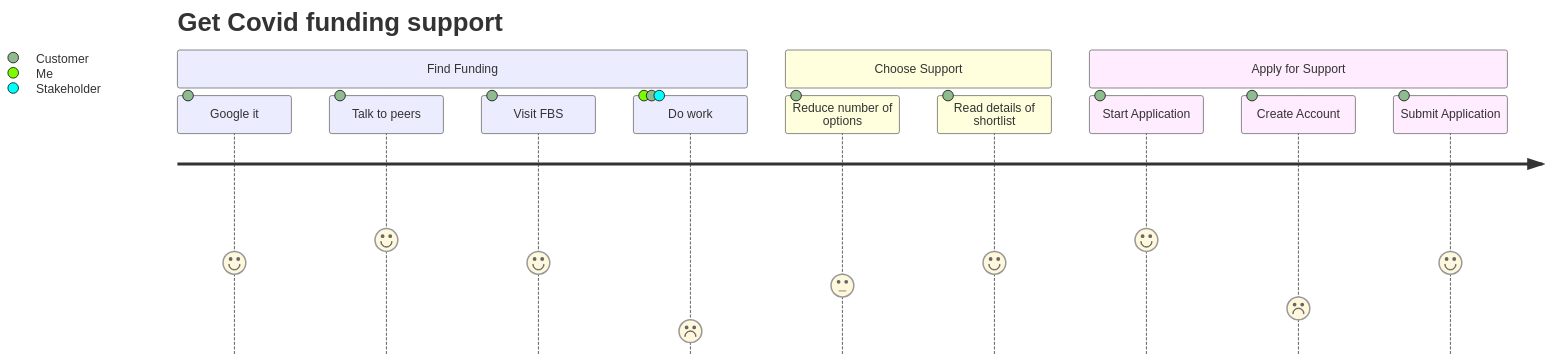
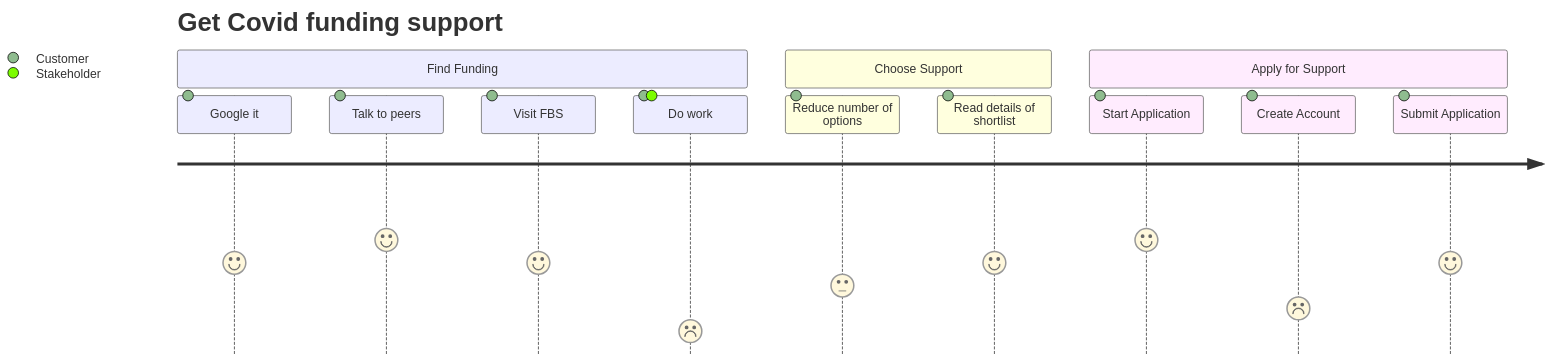
Before and after one commit to scotentSD/testing: the second of 5 diagrams in journey.md, drawn with Mermaid.

Commit message:
Update journey.md
mk

```diff
--- a/journey.md
+++ b/journey.md
@@ -8,16 +8,16 @@
 <div class="mermaid">
 journey
     title Get Covid funding support
     section Find Funding
       Google it: 4: Customer
       Talk to peers: 5: Customer
       Visit FBS: 4: Customer
-      Do work: 1: Me, Customer, Stakeholder
+      Do work: 1: Customer, Stakeholder
     section Choose Support
       Reduce number of options: 3: Customer
       Read details of shortlist: 4: Customer
     section Apply for Support
       Start Application: 5: Customer
       Create Account: 2: Customer
       Submit Application: 4: Customer
 </div>
```
